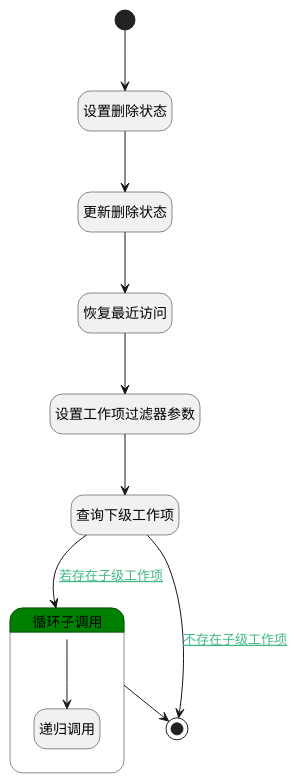
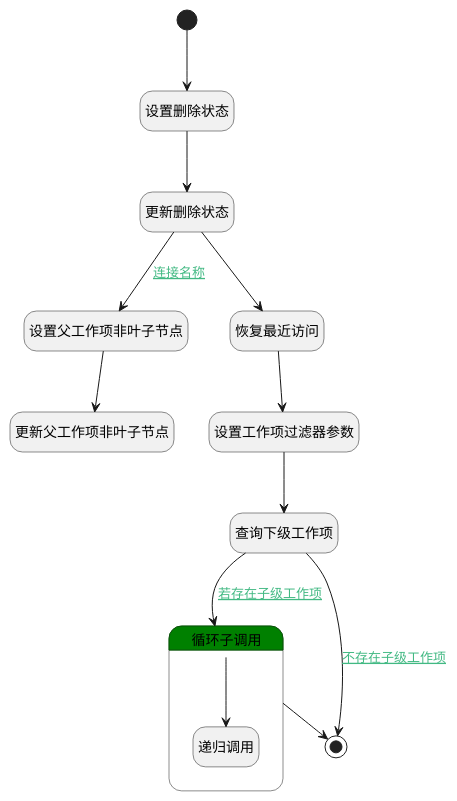
One commit to iBizLab/plm changed the diagram in doc/docsify/module/ProjMgmt/work_item/logic/recover.md. Above: the diagram before and after it, drawn with PlantUML. The commit also changed other lines of this file and 862 other files, not shown here.

````diff
--- a/doc/docsify/module/ProjMgmt/work_item/logic/recover.md
+++ b/doc/docsify/module/ProjMgmt/work_item/logic/recover.md
@@ -7,35 +7,39 @@
 ```plantuml
 @startuml
 hide empty description
 <style>
 root {
   HyperlinkColor #42b983
 }
 </style>
 
 hide empty description
 state "开始" as Begin <<start>> [[$./recover#begin {"开始"}]]
 state "设置删除状态" as PREPAREPARAM2  [[$./recover#prepareparam2 {"设置删除状态"}]]
 state "更新删除状态" as DEACTION1  [[$./recover#deaction1 {"更新删除状态"}]]
+state "设置父工作项非叶子节点" as PREPAREPARAM3  [[$./recover#prepareparam3 {"设置父工作项非叶子节点"}]]
+state "更新父工作项非叶子节点" as DEACTION2  [[$./recover#deaction2 {"更新父工作项非叶子节点"}]]
 state "恢复最近访问" as RAWSQLCALL1  [[$./recover#rawsqlcall1 {"恢复最近访问"}]]
 state "设置工作项过滤器参数" as PREPAREPARAM1  [[$./recover#prepareparam1 {"设置工作项过滤器参数"}]]
 state "查询下级工作项" as DEDATASET1  [[$./recover#dedataset1 {"查询下级工作项"}]]
 state "结束" as END1 <<end>> [[$./recover#end1 {"结束"}]]
 state "循环子调用" as LOOPSUBCALL1  [[$./recover#loopsubcall1 {"循环子调用"}]] #green {
 state "递归调用" as DELOGIC1  [[$./recover#delogic1 {"递归调用"}]]
 }
 
 
 Begin --> PREPAREPARAM2
 PREPAREPARAM2 --> DEACTION1
 DEACTION1 --> RAWSQLCALL1
 RAWSQLCALL1 --> PREPAREPARAM1
 PREPAREPARAM1 --> DEDATASET1
 DEDATASET1 --> LOOPSUBCALL1 : [[$./recover#dedataset1-loopsubcall1{若存在子级工作项} 若存在子级工作项]]
 LOOPSUBCALL1 --> DELOGIC1
 LOOPSUBCALL1 --> END1
 DEDATASET1 --> END1 : [[$./recover#dedataset1-end1{不存在子级工作项} 不存在子级工作项]]
+DEACTION1 --> PREPAREPARAM3 : [[$./recover#deaction1-prepareparam3{连接名称} 连接名称]]
+PREPAREPARAM3 --> DEACTION2
 
 
 @enduml
 ```
````
